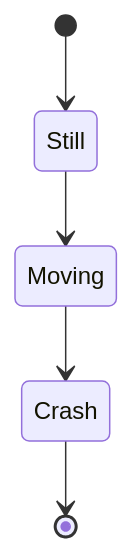
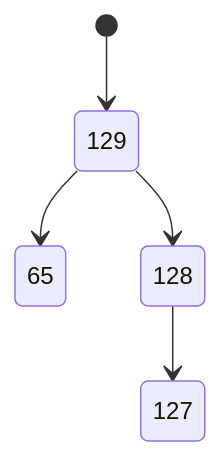
The diagram in 19.md (viktorshandrikov/repository-1), drawn with Mermaid before and after one commit.

````diff
--- a/19.md
+++ b/19.md
@@ -1,7 +1,7 @@
 ```mermaid
 stateDiagram-v2
-[*] --> Still
-Still --> Moving
-Moving --> Crash
-Crash --> [*]
+[*] --> 129
+129 --> 128
+129 --> 65
+128 --> 127
 ```
````
